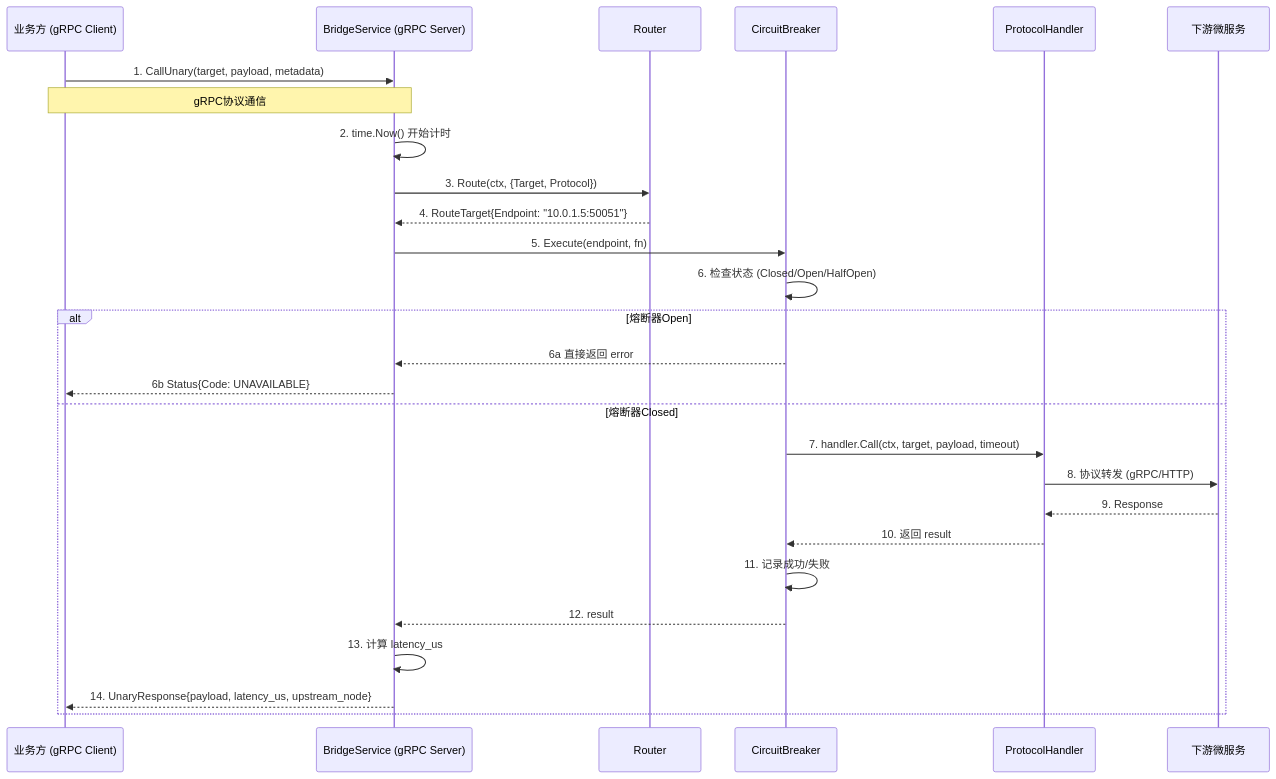
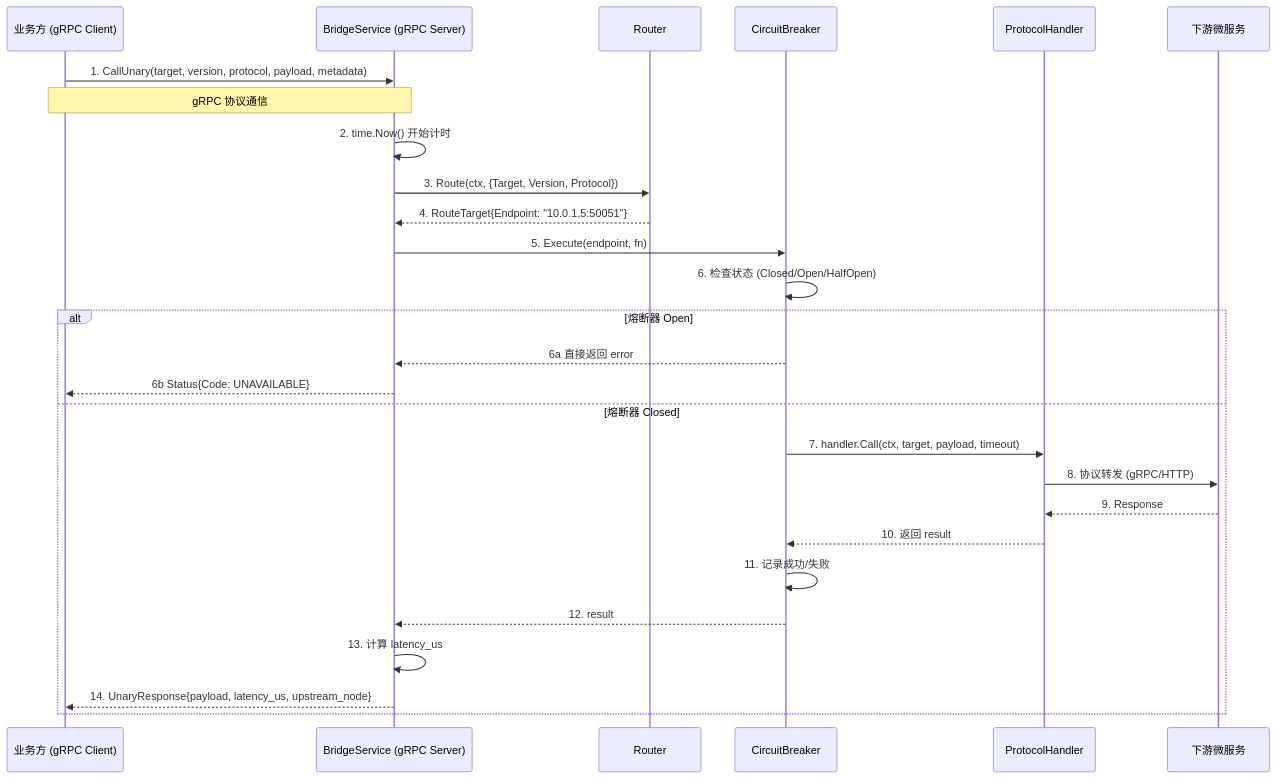
Before and after one commit to daheige/bridge-svc: the second of 2 diagrams in bridge.md, drawn with Mermaid. The commit also changed other lines of this file and 4 other files, not shown here.

````diff
--- a/bridge.md
+++ b/bridge.md
@@ -90,34 +90,34 @@
 ```mermaid
 sequenceDiagram
     participant C as 业务方 (gRPC Client)
     participant B as BridgeService (gRPC Server)
     participant R as Router
     participant CB as CircuitBreaker
     participant H as ProtocolHandler
     participant S as 下游微服务
 
-    C->>B: 1. CallUnary(target, payload, metadata)
-    Note over C,B: gRPC协议通信
+    C->>B: 1. CallUnary(target, version, protocol, payload, metadata)
+    Note over C,B: gRPC 协议通信
 
     B->>B: 2. time.Now() 开始计时
 
-    B->>R: 3. Route(ctx, {Target, Protocol})
+    B->>R: 3. Route(ctx, {Target, Version, Protocol})
     R-->>B: 4. RouteTarget{Endpoint: "10.0.1.5:50051"}
 
     B->>CB: 5. Execute(endpoint, fn)
     CB->>CB: 6. 检查状态 (Closed/Open/HalfOpen)
 
-    alt 熔断器Open
-        CB-->>B: 6a  直接返回 error
-        B-->>C: 6b  Status{Code: UNAVAILABLE}
-    else 熔断器Closed
+    alt 熔断器 Open
+        CB-->>B: 6a 直接返回 error
+        B-->>C: 6b Status{Code: UNAVAILABLE}
+    else 熔断器 Closed
         CB->>H: 7. handler.Call(ctx, target, payload, timeout)
         H->>S: 8. 协议转发 (gRPC/HTTP)
         S-->>H: 9. Response
         H-->>CB: 10. 返回 result
         CB->>CB: 11. 记录成功/失败
         CB-->>B: 12. result
         B->>B: 13. 计算 latency_us
         B-->>C: 14. UnaryResponse{payload, latency_us, upstream_node}
     end
 ```
````
